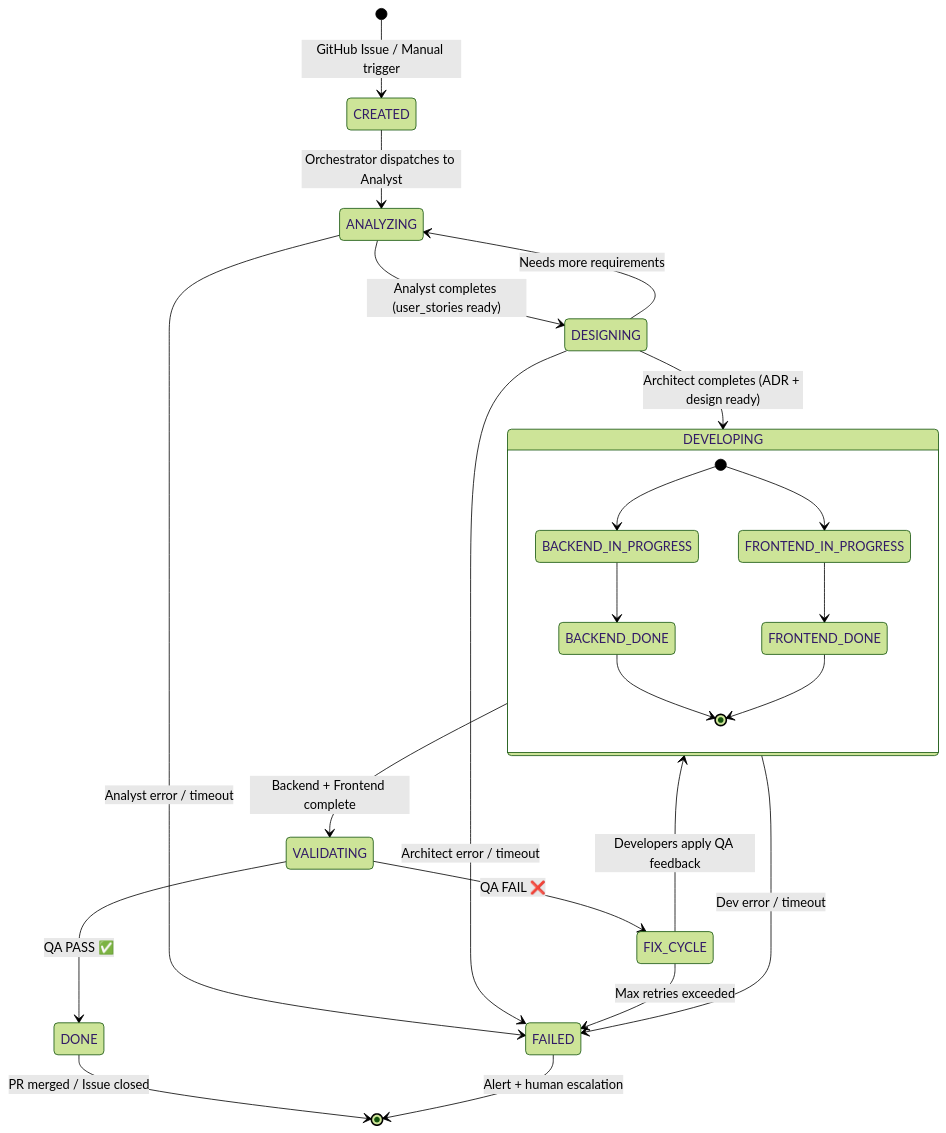
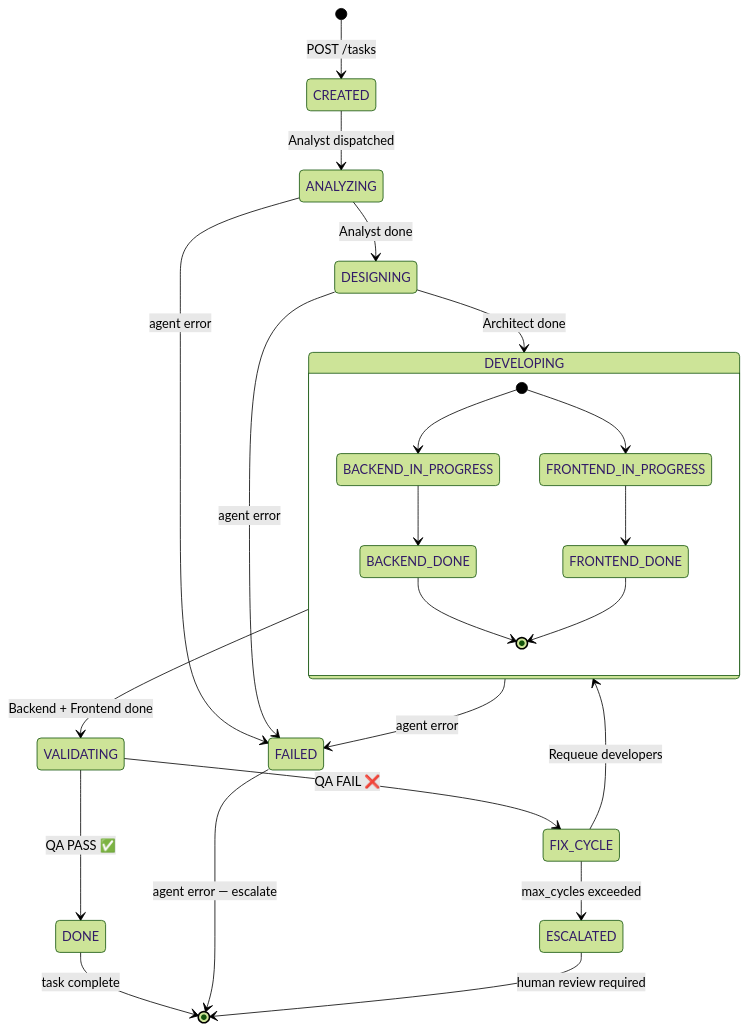
Before and after one commit to alltiq-bo/agentic-factory: the third of 4 diagrams in README.md, drawn with Mermaid (forest theme). The commit also changed other lines of this file and 33 other files, not shown here.

````diff
--- a/README.md
+++ b/README.md
@@ -163,33 +164,32 @@
 ```mermaid
 stateDiagram-v2
-    [*] --> CREATED : GitHub Issue / Manual trigger
+    [*] --> CREATED : POST /tasks
 
-    CREATED --> ANALYZING : Orchestrator dispatches to Analyst
-    ANALYZING --> DESIGNING : Analyst completes (user_stories ready)
-    ANALYZING --> FAILED : Analyst error / timeout
-
-    DESIGNING --> DEVELOPING : Architect completes (ADR + design ready)
-    DESIGNING --> ANALYZING : Needs more requirements
-    DESIGNING --> FAILED : Architect error / timeout
-
-    DEVELOPING --> VALIDATING : Backend + Frontend complete
-    DEVELOPING --> FAILED : Dev error / timeout
+    CREATED    --> ANALYZING  : Analyst dispatched
+    ANALYZING  --> DESIGNING  : Analyst done
+    DESIGNING  --> DEVELOPING : Architect done
+    DEVELOPING --> VALIDATING : Backend + Frontend done
 
     state DEVELOPING {
         [*] --> BACKEND_IN_PROGRESS
         [*] --> FRONTEND_IN_PROGRESS
-        BACKEND_IN_PROGRESS --> BACKEND_DONE
+        BACKEND_IN_PROGRESS  --> BACKEND_DONE
         FRONTEND_IN_PROGRESS --> FRONTEND_DONE
-        BACKEND_DONE --> [*]
+        BACKEND_DONE  --> [*]
         FRONTEND_DONE --> [*]
     }
 
-    VALIDATING --> DONE : QA PASS ✅
-    VALIDATING --> FIX_CYCLE : QA FAIL ❌
+    VALIDATING --> DONE       : QA PASS ✅
+    VALIDATING --> FIX_CYCLE  : QA FAIL ❌
 
-    FIX_CYCLE --> DEVELOPING : Developers apply QA feedback
-    FIX_CYCLE --> FAILED : Max retries exceeded
+    FIX_CYCLE  --> DEVELOPING : Requeue developers
+    FIX_CYCLE  --> ESCALATED  : max_cycles exceeded
 
-    DONE --> [*] : PR merged / Issue closed
-    FAILED --> [*] : Alert + human escalation
+    DONE       --> [*] : task complete
+    FAILED     --> [*] : agent error — escalate
+    ESCALATED  --> [*] : human review required
+
+    ANALYZING  --> FAILED : agent error
+    DESIGNING  --> FAILED : agent error
+    DEVELOPING --> FAILED : agent error
 ```
````
